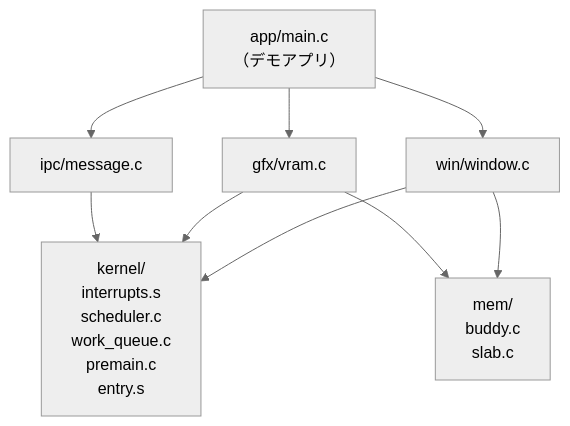
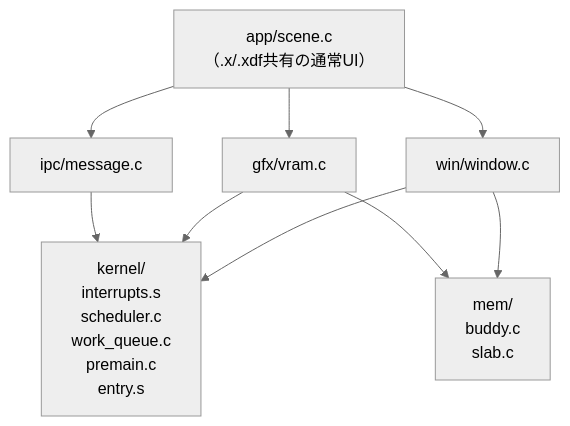
One commit to sokoide/ssos-68k changed the diagram in README.md. Above: the diagram before and after it, drawn with Mermaid (neutral theme). The commit also changed other lines of this file and 18 other files, not shown here.

````diff
--- a/README.md
+++ b/README.md
@@ -385,18 +386,18 @@
 ```mermaid
 graph TD
-    app["app/main.c<br/>（デモアプリ）"]
+    app["app/scene.c<br/>（.x/.xdf共有の通常UI）"]
     win["win/window.c"]
     gfx["gfx/vram.c"]
     ipc["ipc/message.c"]
     kernel["kernel/<br/>interrupts.s<br/>scheduler.c<br/>work_queue.c<br/>premain.c<br/>entry.s"]
     mem["mem/<br/>buddy.c<br/>slab.c"]
 
     app --> win
     app --> gfx
     app --> ipc
     win --> kernel
     win --> mem
     gfx --> kernel
     gfx --> mem
     ipc --> kernel
 ```
````
